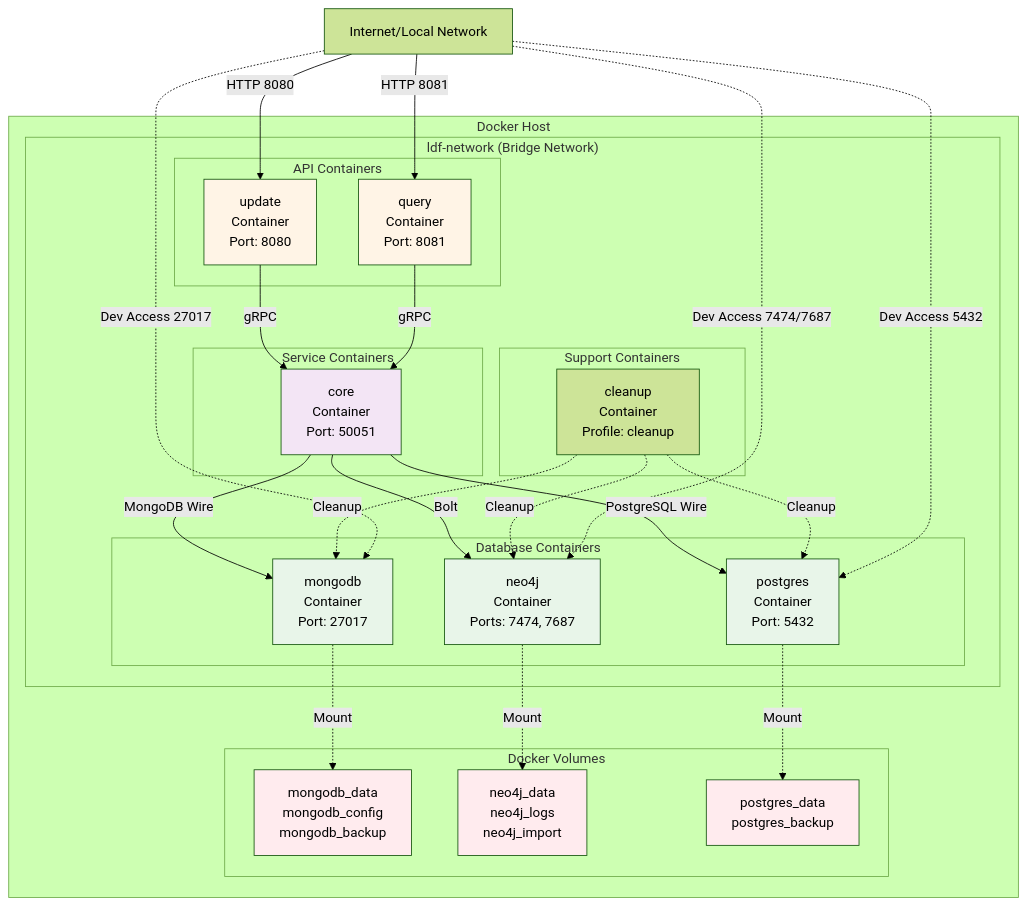
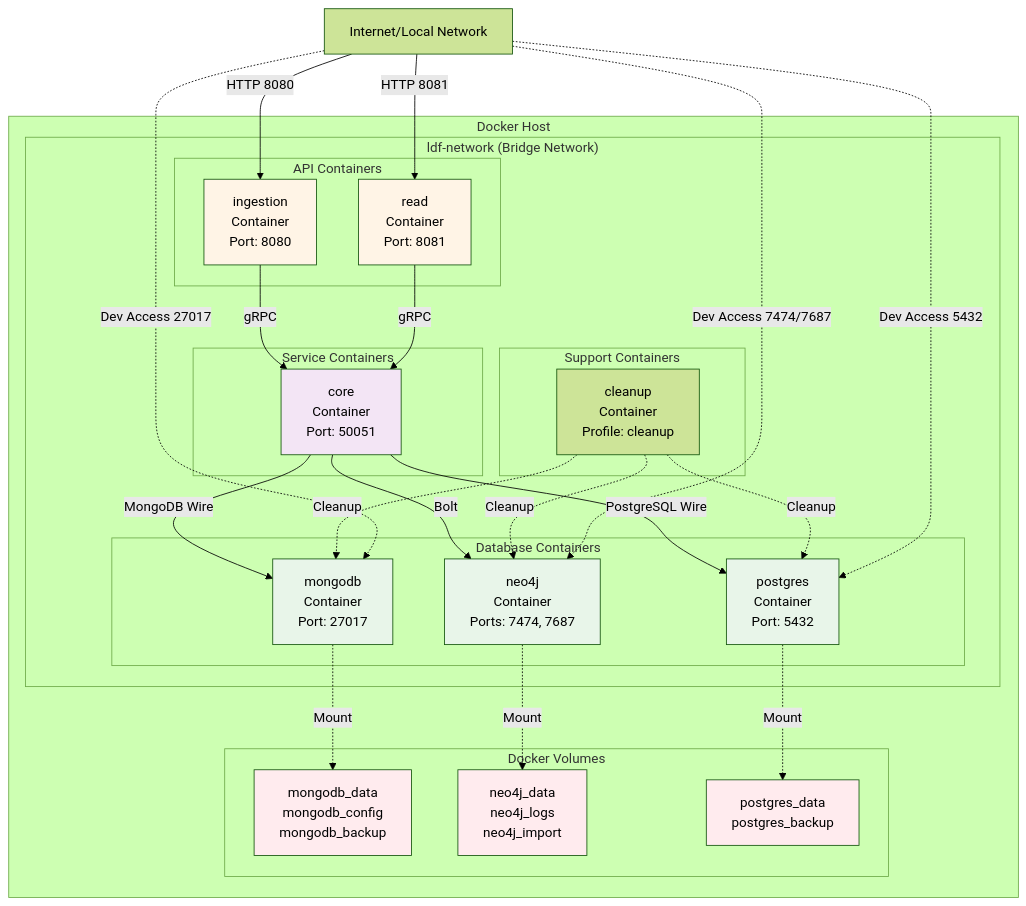
The seventh of 10 diagrams in docs/architecture/diagrams.md (LDFLK/nexoan), drawn with Mermaid (forest theme) before and after one commit. The commit also changed other lines of this file and 14 other files, not shown here.

````diff
--- a/docs/architecture/diagrams.md
+++ b/docs/architecture/diagrams.md
@@ -370,62 +370,62 @@
 ```mermaid
 graph TB
     subgraph "Docker Host"
         subgraph "ldf-network (Bridge Network)"
             subgraph "API Containers"
-                IngestionCont[update<br/>Container<br/>Port: 8080]
-                QueryCont[query<br/>Container<br/>Port: 8081]
+                IngestionCont[ingestion<br/>Container<br/>Port: 8080]
+                ReadCont[read<br/>Container<br/>Port: 8081]
             end
             
             subgraph "Service Containers"
                 CoreCont[core<br/>Container<br/>Port: 50051]
             end
             
             subgraph "Database Containers"
                 MongoCont[mongodb<br/>Container<br/>Port: 27017]
                 Neo4jCont[neo4j<br/>Container<br/>Ports: 7474, 7687]
                 PostgresCont[postgres<br/>Container<br/>Port: 5432]
             end
             
             subgraph "Support Containers"
                 CleanupCont[cleanup<br/>Container<br/>Profile: cleanup]
             end
             
             IngestionCont -->|gRPC| CoreCont
-            QueryCont -->|gRPC| CoreCont
+            ReadCont -->|gRPC| CoreCont
             
             CoreCont -->|MongoDB Wire| MongoCont
             CoreCont -->|Bolt| Neo4jCont
             CoreCont -->|PostgreSQL Wire| PostgresCont
             
             CleanupCont -.->|Cleanup| MongoCont
             CleanupCont -.->|Cleanup| Neo4jCont
             CleanupCont -.->|Cleanup| PostgresCont
         end
         
         subgraph "Docker Volumes"
             MongoVol[mongodb_data<br/>mongodb_config<br/>mongodb_backup]
             Neo4jVol[neo4j_data<br/>neo4j_logs<br/>neo4j_import]
             PostgresVol[postgres_data<br/>postgres_backup]
         end
         
         MongoCont -.->|Mount| MongoVol
         Neo4jCont -.->|Mount| Neo4jVol
         PostgresCont -.->|Mount| PostgresVol
     end
     
     Internet[Internet/Local Network] -->|HTTP 8080| IngestionCont
-    Internet -->|HTTP 8081| QueryCont
+    Internet -->|HTTP 8081| ReadCont
     Internet -.->|Dev Access 27017| MongoCont
     Internet -.->|Dev Access 7474/7687| Neo4jCont
     Internet -.->|Dev Access 5432| PostgresCont
     
     style IngestionCont fill:#fff4e6
-    style QueryCont fill:#fff4e6
+    style ReadCont fill:#fff4e6
     style CoreCont fill:#f3e5f5
     style MongoCont fill:#e8f5e9
     style Neo4jCont fill:#e8f5e9
     style PostgresCont fill:#e8f5e9
     style MongoVol fill:#ffebee
     style Neo4jVol fill:#ffebee
     style PostgresVol fill:#ffebee
 ```
````
